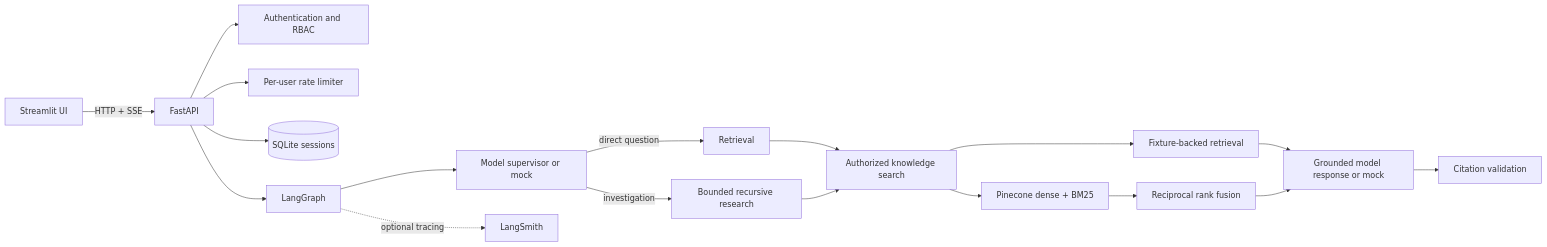
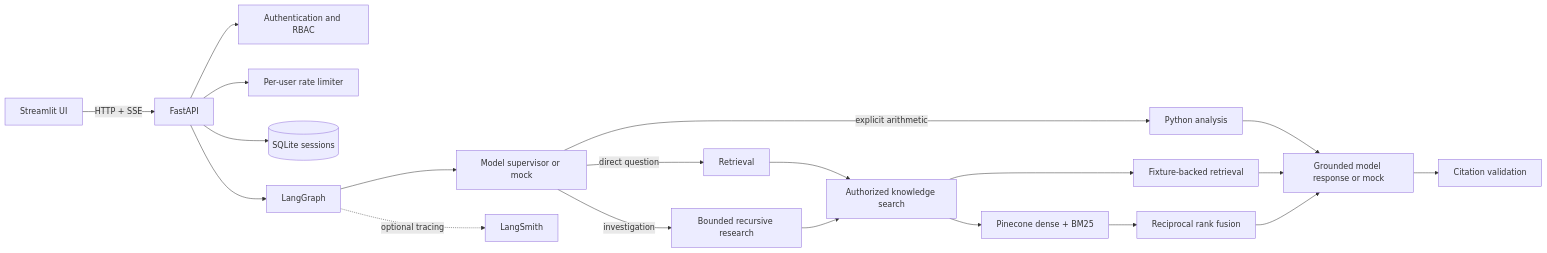
Before and after one commit to Thavarshan/enterprise-knowledge-assistant: the diagram in README.md, drawn with Mermaid. The commit also changed other lines of this file and 24 other files, not shown here.

Commit message:
feat: add guarded Python analysis tool

````diff
--- a/README.md
+++ b/README.md
@@ -10,20 +10,22 @@
 ```mermaid
 flowchart LR
     UI[Streamlit UI] -->|HTTP + SSE| API[FastAPI]
     API --> AUTH[Authentication and RBAC]
     API --> LIMIT[Per-user rate limiter]
     API --> MEM[(SQLite sessions)]
     API --> GRAPH[LangGraph]
     GRAPH --> SUP[Model supervisor or mock]
     SUP -->|direct question| RET[Retrieval]
     SUP -->|investigation| RES[Bounded recursive research]
+    SUP -->|explicit arithmetic| ANA[Python analysis]
     RET --> TOOL[Authorized knowledge search]
     RES --> TOOL
+    ANA --> RESP
     TOOL --> MOCK[Fixture-backed retrieval]
     TOOL --> HYBRID[Pinecone dense + BM25]
     HYBRID --> RRF[Reciprocal rank fusion]
     MOCK --> RESP[Grounded model response or mock]
     RRF --> RESP
     RESP --> VAL[Citation validation]
     GRAPH -. optional tracing .-> LS[LangSmith]
 ```
````
